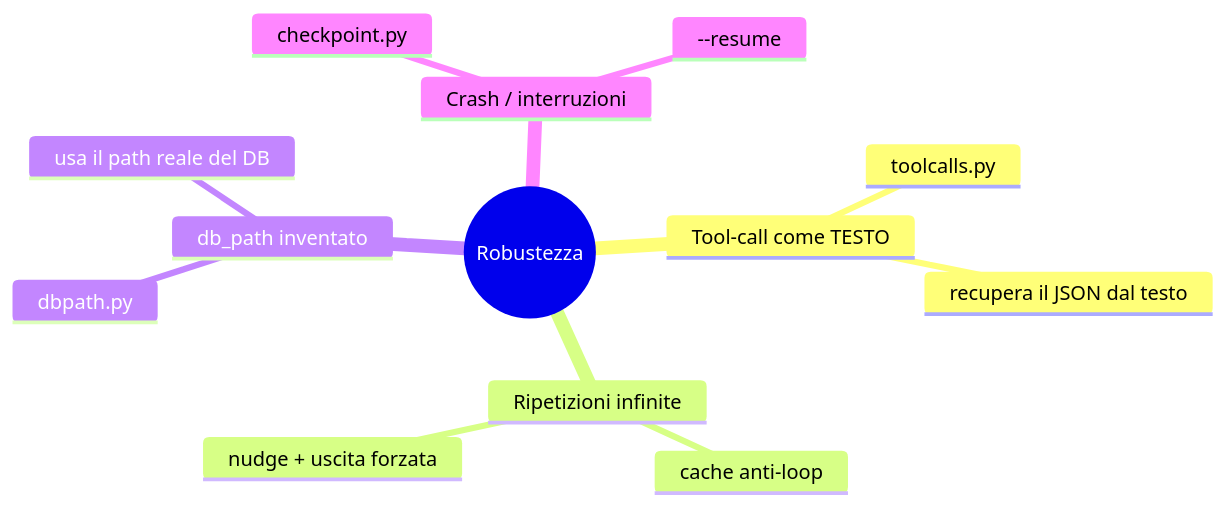
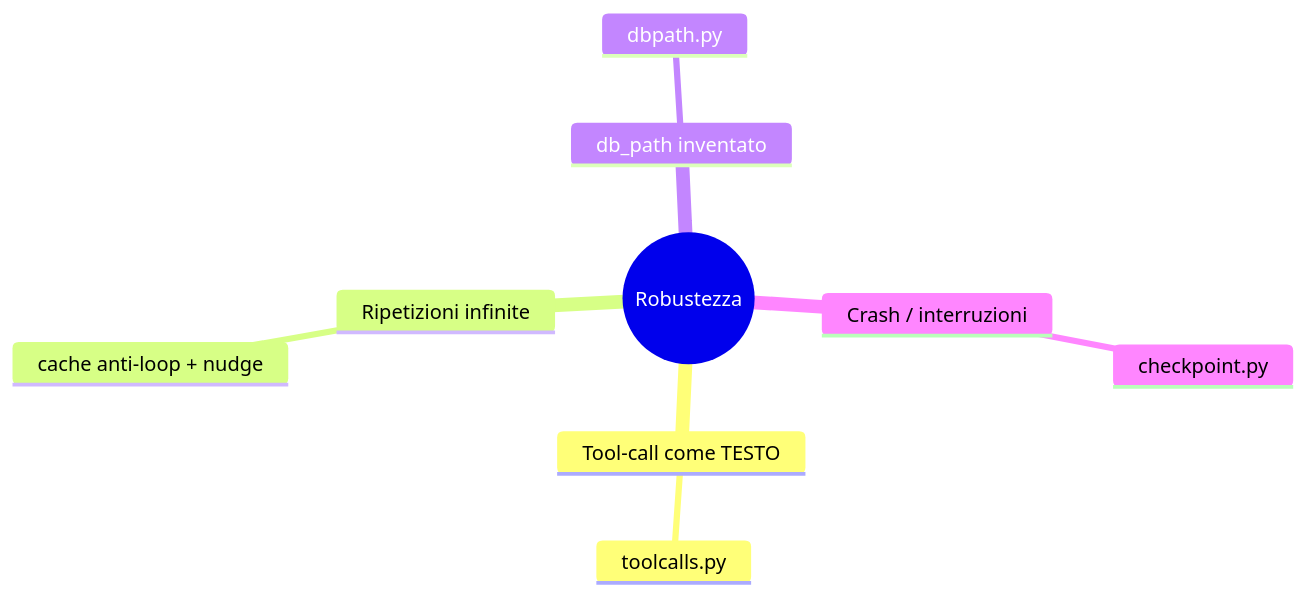
The ninth of 15 diagrams in documentazione/agent.md (iris-cmd22/Sibyl), drawn with Mermaid before and after one commit. The commit also changed other lines of this file and 3 other files, not shown here.

````diff
--- a/documentazione/agent.md
+++ b/documentazione/agent.md
@@ -380,16 +365,12 @@
 ```mermaid
 mindmap
   root((Robustezza))
     Tool-call come TESTO
       toolcalls.py
-      recupera il JSON dal testo
     Ripetizioni infinite
-      cache anti-loop
-      nudge + uscita forzata
+      cache anti-loop + nudge
     db_path inventato
       dbpath.py
-      usa il path reale del DB
     Crash / interruzioni
       checkpoint.py
-      --resume
 ```
````
